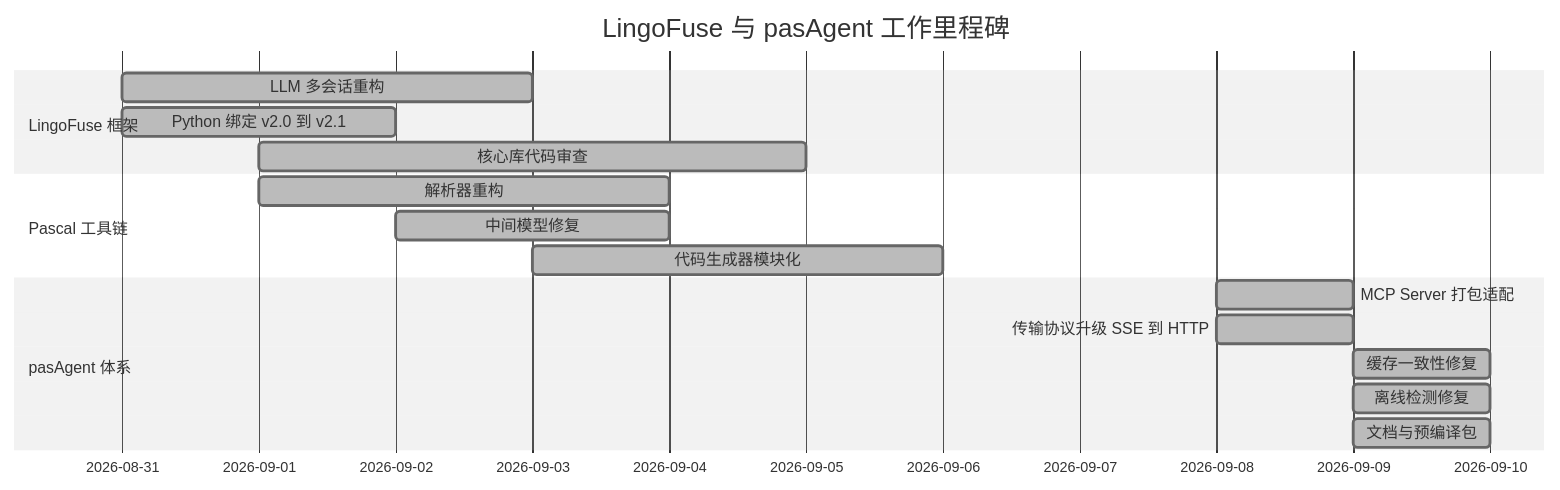
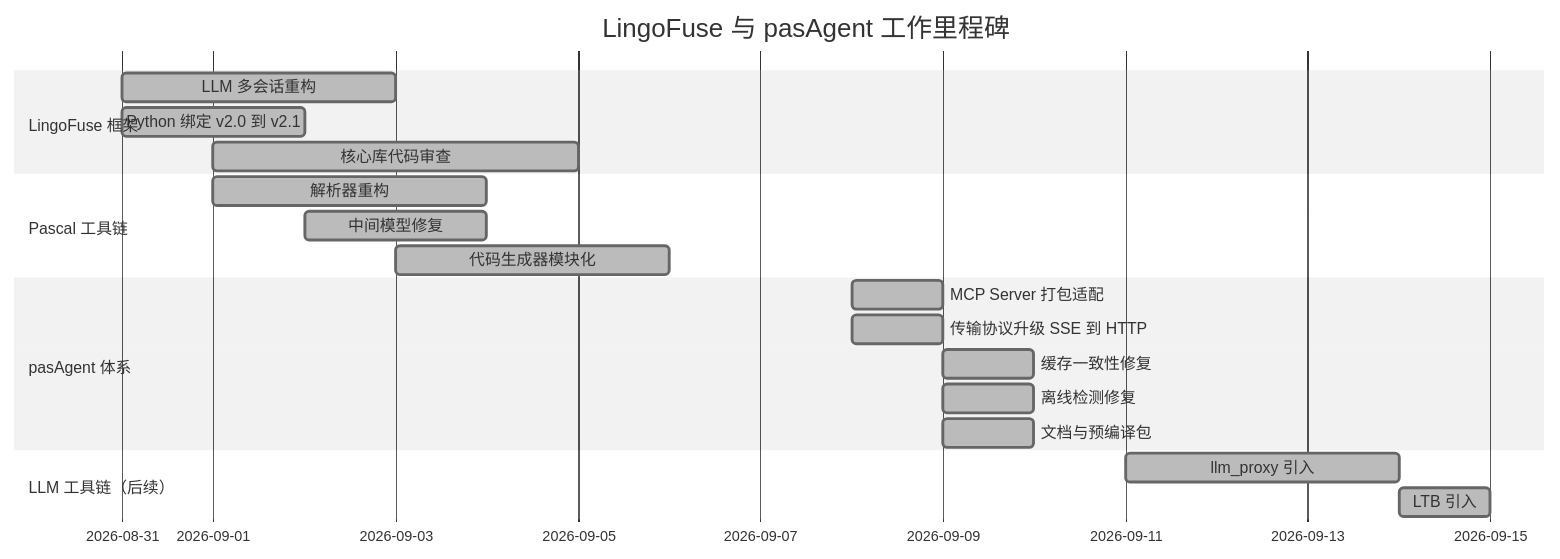
Before and after one commit to PassByYou888/LingoFuse-pasAgent: the fifth of 16 diagrams in LingoFuse_Python_Binding_Migration_Record.md, drawn with Mermaid (neutral theme). The commit also changed other lines of this file and 33 other files, not shown here.

````diff
--- a/LingoFuse_Python_Binding_Migration_Record.md
+++ b/LingoFuse_Python_Binding_Migration_Record.md
@@ -184,19 +191,22 @@
 ```mermaid
 gantt
     title LingoFuse 与 pasAgent 工作里程碑
     dateFormat YYYY-MM-DD
     section LingoFuse 框架
     LLM 多会话重构           :done, a1, 2026-08-31, 3d
     Python 绑定 v2.0 到 v2.1  :done, a2, 2026-08-31, 2d
     核心库代码审查           :done, a3, 2026-09-01, 4d
     section Pascal 工具链
     解析器重构               :done, b1, 2026-09-01, 3d
     中间模型修复             :done, b2, 2026-09-02, 2d
     代码生成器模块化         :done, b3, 2026-09-03, 3d
     section pasAgent 体系
     MCP Server 打包适配      :done, c1, 2026-09-08, 1d
     传输协议升级 SSE 到 HTTP :done, c2, 2026-09-08, 1d
     缓存一致性修复           :done, c3, 2026-09-09, 1d
     离线检测修复             :done, c4, 2026-09-09, 1d
     文档与预编译包           :done, c5, 2026-09-09, 1d
+    section LLM 工具链（后续）
+    llm_proxy 引入           :done, d1, 2026-09-11, 3d
+    LTB 引入                 :done, d2, 2026-09-14, 1d
 ```
````
